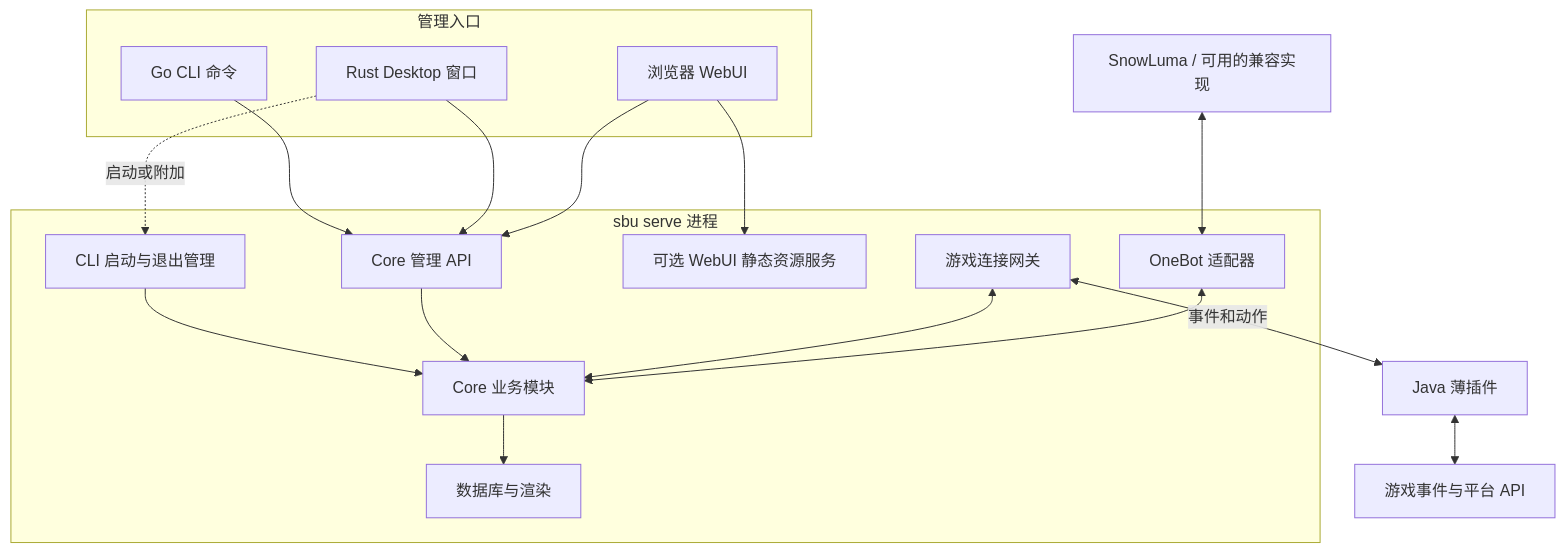
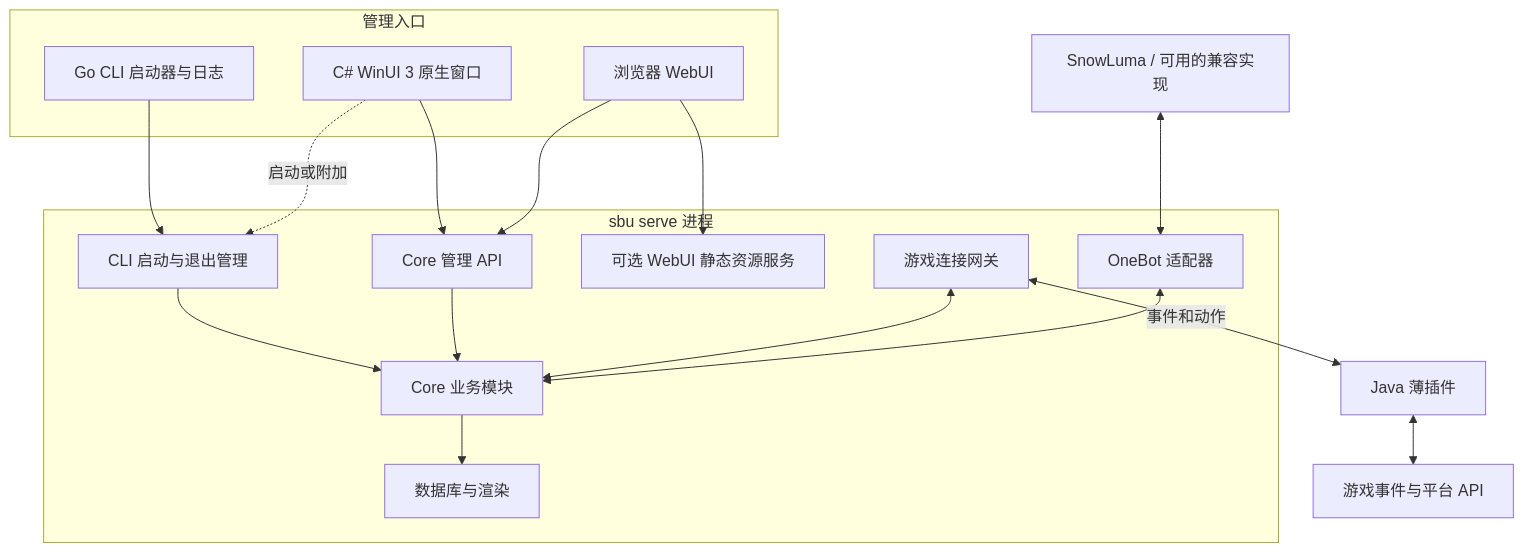
The diagram in docs/plan/01-总体规划.md (ShitBot-Team/ShitBotUltra), drawn with Mermaid before and after one commit. The commit also changed other lines of this file and 5 other files, not shown here.

````diff
--- a/docs/plan/01-总体规划.md
+++ b/docs/plan/01-总体规划.md
@@ -80,30 +85,30 @@
 ```mermaid
 flowchart TB
     subgraph Inputs[管理入口]
-        Terminal[Go CLI 命令]
-        Desktop[Rust Desktop 窗口]
+        Terminal[Go CLI 启动器与日志]
+        Desktop[C# WinUI 3 原生窗口]
         Browser[浏览器 WebUI]
     end
     subgraph Process[sbu serve 进程]
         Host[CLI 启动与退出管理]
         Admin[Core 管理 API]
         Core[Core 业务模块]
         Static[可选 WebUI 静态资源服务]
         Bridge[游戏连接网关]
         Bot[OneBot 适配器]
         Data[数据库与渲染]
         Host --> Core
         Admin --> Core
         Core --> Data
         Bridge <--> Core
         Bot <--> Core
     end
-    Terminal --> Admin
+    Terminal --> Host
     Desktop --> Admin
     Desktop -. 启动或附加 .-> Host
     Browser --> Static
     Browser --> Admin
     Snow[SnowLuma / 可用的兼容实现] <--> Bot
     Bridge <-->|事件和动作| Jar[Java 薄插件]
     Jar <--> Minecraft[游戏事件与平台 API]
 ```
````
